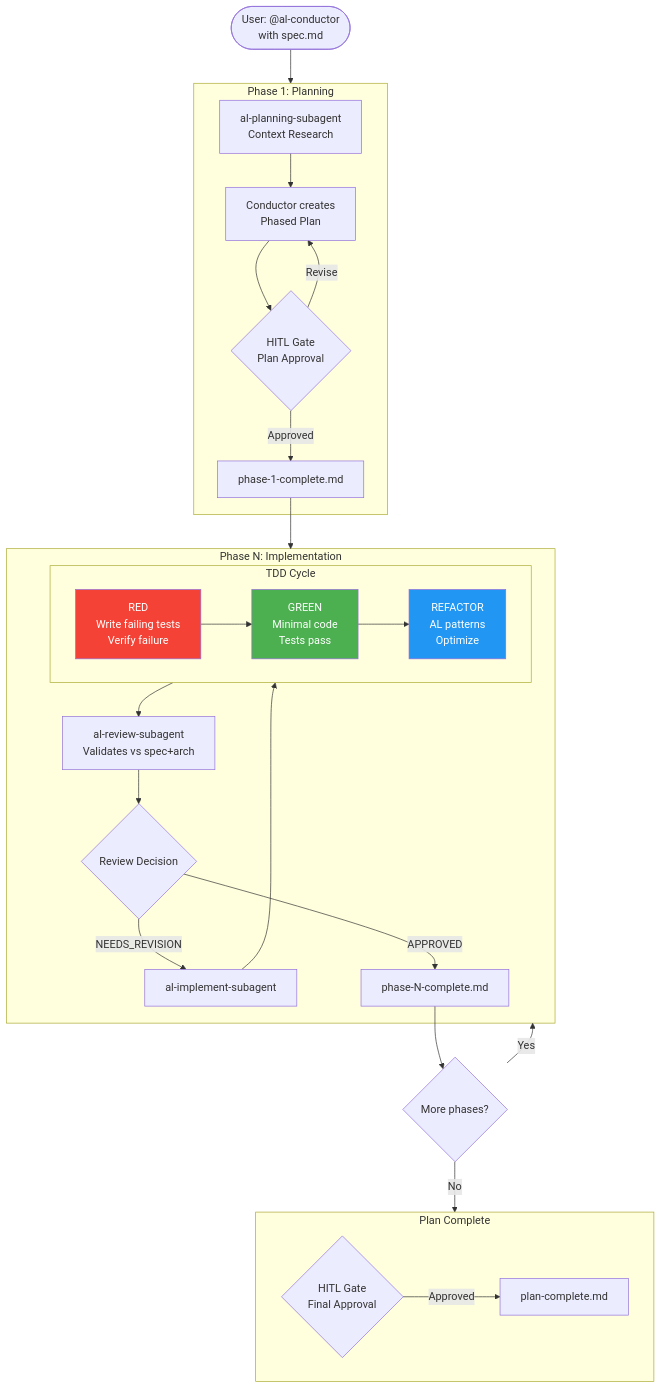
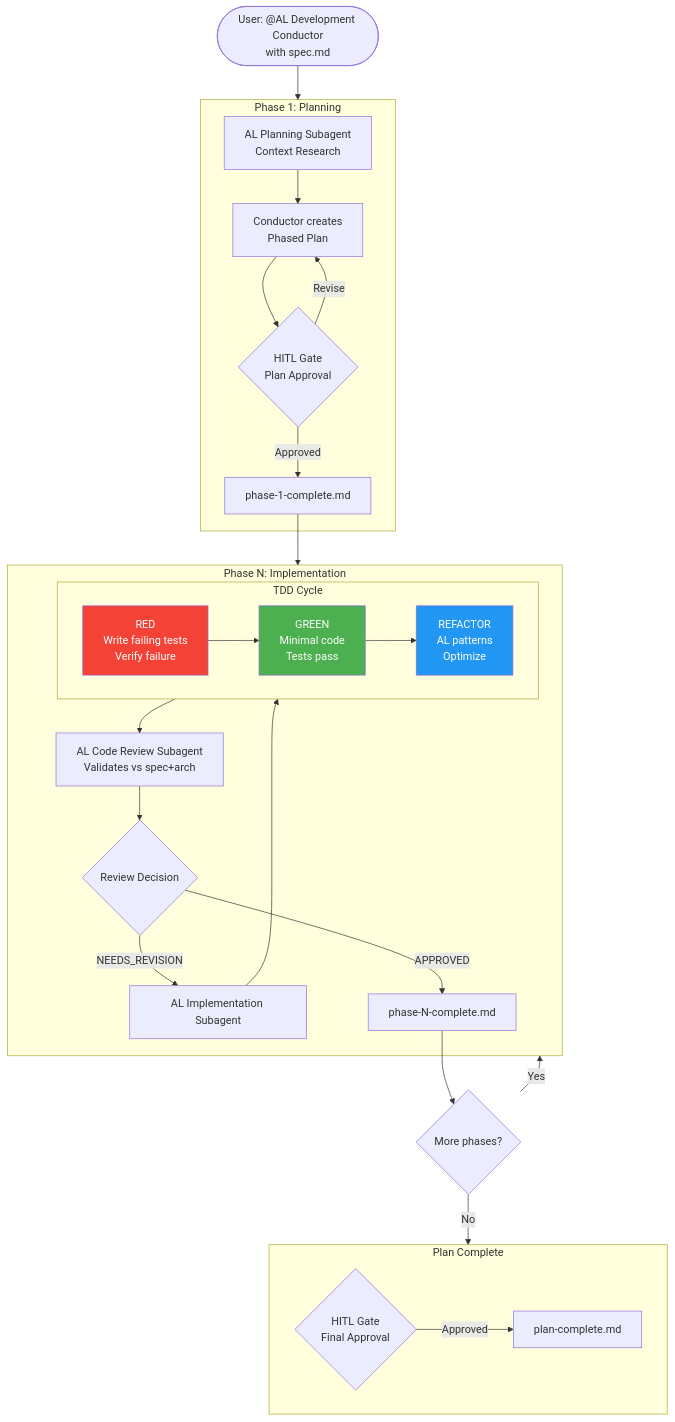
One commit to javiarmesto/ALDC-AL-Development-Collection changed the third of 4 diagrams in docs/framework/ALDC-Architecture-Diagrams.md. Above: the diagram before and after it, drawn with Mermaid. The commit also changed other lines of this file and 36 other files, not shown here.

````diff
--- a/docs/framework/ALDC-Architecture-Diagrams.md
+++ b/docs/framework/ALDC-Architecture-Diagrams.md
@@ -115,47 +115,47 @@
 ```mermaid
 flowchart TD
-    START([User: @al-conductor\nwith spec.md]) --> PHASE1
+    START([User: @AL Development Conductor\nwith spec.md]) --> PHASE1
 
     subgraph PHASE1["Phase 1: Planning"]
-        P1A[al-planning-subagent\nContext Research]
+        P1A[AL Planning Subagent\nContext Research]
         P1B[Conductor creates\nPhased Plan]
         P1C{HITL Gate\nPlan Approval}
         P1D[phase-1-complete.md]
         P1A --> P1B --> P1C
         P1C -->|Approved| P1D
         P1C -->|Revise| P1B
     end
 
     P1D --> PHASE_N
 
     subgraph PHASE_N["Phase N: Implementation"]
-        PN1[al-implement-subagent]
+        PN1[AL Implementation Subagent]
         subgraph TDD["TDD Cycle"]
             RED["RED\nWrite failing tests\nVerify failure"]
             GREEN["GREEN\nMinimal code\nTests pass"]
             REFACTOR["REFACTOR\nAL patterns\nOptimize"]
             RED --> GREEN --> REFACTOR
         end
-        PN2[al-review-subagent\nValidates vs spec+arch]
+        PN2[AL Code Review Subagent\nValidates vs spec+arch]
         PN3{Review Decision}
         PN4[phase-N-complete.md]
 
         PN1 --> TDD --> PN2 --> PN3
         PN3 -->|APPROVED| PN4
         PN3 -->|NEEDS_REVISION| PN1
     end
 
     PN4 --> MORE{More phases?}
     MORE -->|Yes| PHASE_N
     MORE -->|No| COMPLETE
 
     subgraph COMPLETE["Plan Complete"]
         FINAL_HITL{HITL Gate\nFinal Approval}
         PLAN_COMPLETE[plan-complete.md]
         FINAL_HITL -->|Approved| PLAN_COMPLETE
     end
 
     style RED fill:#f44336,color:#fff
     style GREEN fill:#4CAF50,color:#fff
     style REFACTOR fill:#2196F3,color:#fff
 ```
````
